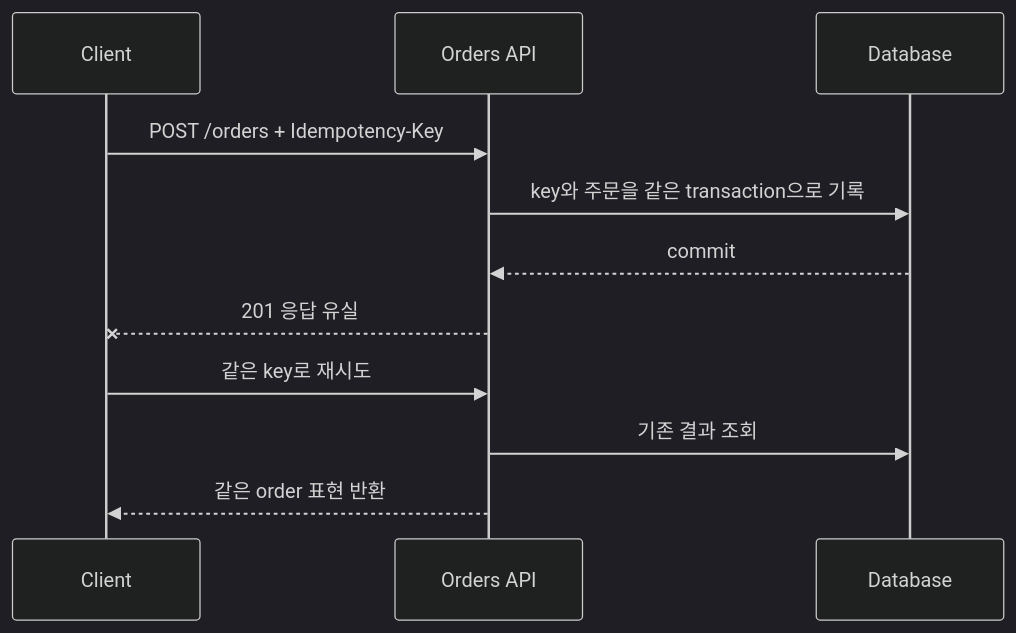
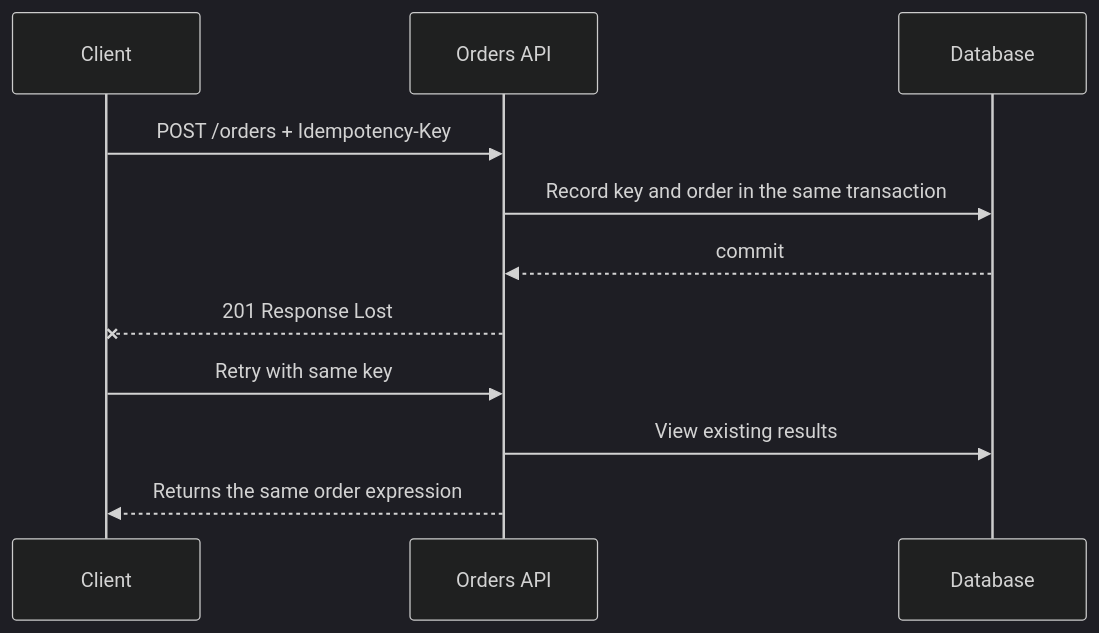
The diagram in docs-site/content/backend-engineering/01-request-and-api-contract.md (nohdol97/nohdol-study), drawn with Mermaid (dark theme) before and after one commit. The commit also changed other lines of this file and 116 other files, not shown here.

````diff
--- a/docs-site/content/backend-engineering/01-request-and-api-contract.md
+++ b/docs-site/content/backend-engineering/01-request-and-api-contract.md
@@ -27,13 +27,13 @@
 ```mermaid
 sequenceDiagram
     participant C as Client
     participant A as Orders API
     participant D as Database
     C->>A: POST /orders + Idempotency-Key
-    A->>D: key와 주문을 같은 transaction으로 기록
+    A->>D: Record key and order in the same transaction
     D-->>A: commit
-    A--xC: 201 응답 유실
-    C->>A: 같은 key로 재시도
-    A->>D: 기존 결과 조회
-    A-->>C: 같은 order 표현 반환
+    A--xC: 201 Response Lost
+    C->>A: Retry with same key
+    A->>D: View existing results
+    A-->>C: Returns the same order expression
 ```
````
